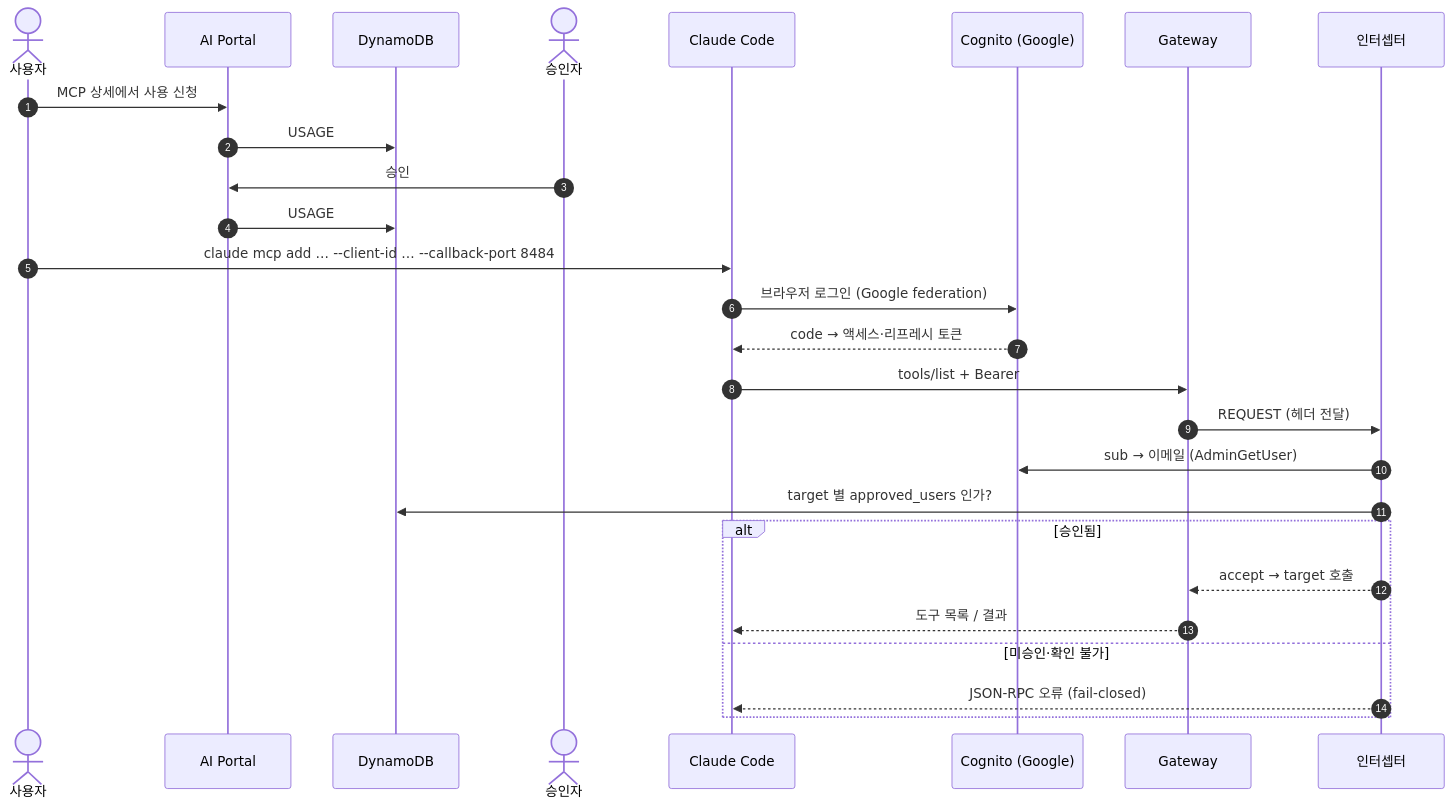
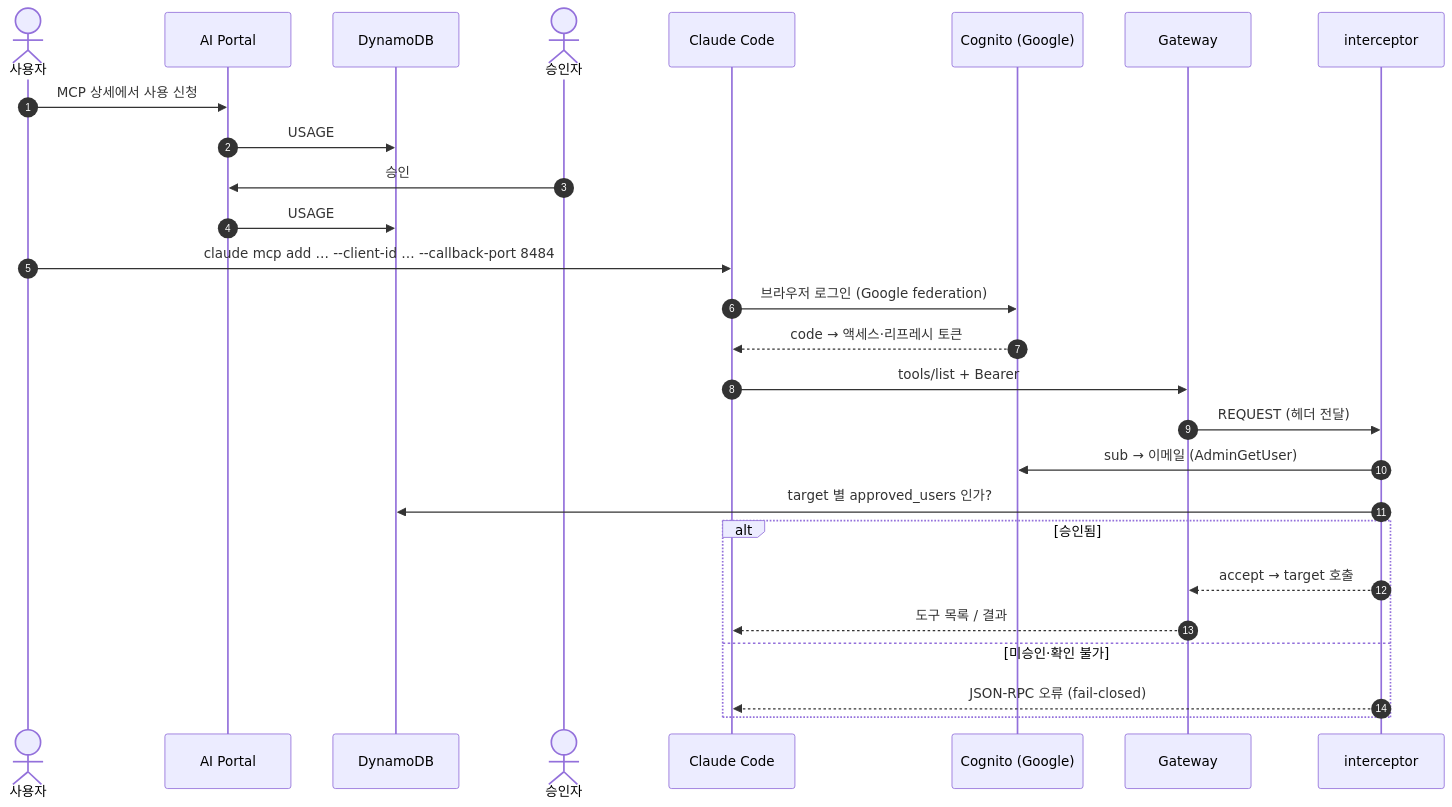
One commit to kyopark2014/ai-portal changed the second of 2 diagrams in README.md. Above: the diagram before and after it, drawn with Mermaid. The commit also changed other lines of this file, not shown here.

First line of the commit message:
Reorder README and align Gateway interceptor docs with implementation.

````diff
--- a/README.md
+++ b/README.md
@@ -95,30 +142,30 @@
 ```mermaid
 sequenceDiagram
   autonumber
   actor U as 사용자
   participant P as AI Portal
   participant D as DynamoDB
   actor A as 승인자
   participant C as Claude Code
   participant G as Cognito (Google)
   participant W as Gateway
-  participant I as 인터셉터
+  participant I as interceptor
 
   U->>P: MCP 상세에서 사용 신청
   P->>D: USAGE# 기록 (PENDING)
   A->>P: 승인
   P->>D: USAGE# APPROVED + MCP 항목 approved_users 갱신
   U->>C: claude mcp add … --client-id … --callback-port 8484
   C->>G: 브라우저 로그인 (Google federation)
   G-->>C: code → 액세스·리프레시 토큰
   C->>W: tools/list + Bearer
   W->>I: REQUEST (헤더 전달)
   I->>G: sub → 이메일 (AdminGetUser)
   I->>D: target 별 approved_users 인가?
   alt 승인됨
     I-->>W: accept → target 호출
     W-->>C: 도구 목록 / 결과
   else 미승인·확인 불가
     I-->>C: JSON-RPC 오류 (fail-closed)
   end
 ```
````
